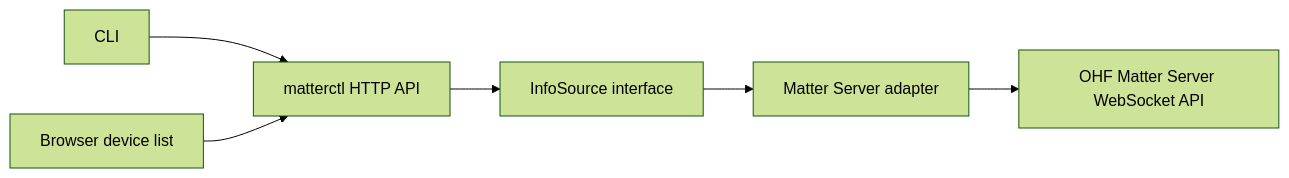
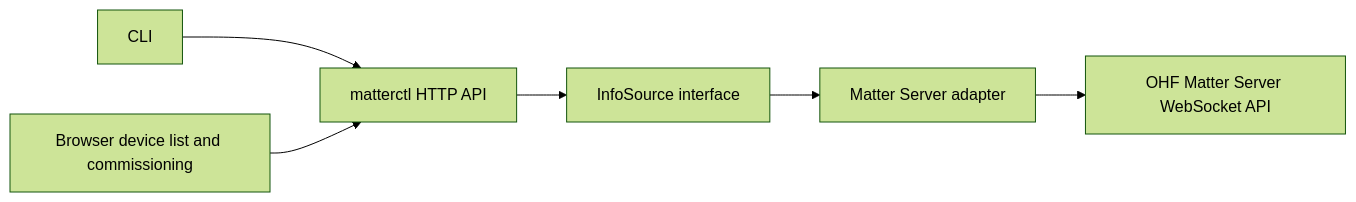
Before and after one commit to andrewhowdencom/matterctl: the diagram in ARCHITECTURE.md, drawn with Mermaid (forest theme). The commit also changed other lines of this file and 10 other files, not shown here.

First line of the commit message:
Add browser commissioning for networked Matter devices

````diff
--- a/ARCHITECTURE.md
+++ b/ARCHITECTURE.md
@@ -7,8 +8,8 @@
 ```mermaid
 flowchart LR
     CLI[CLI] --> HTTP[matterctl HTTP API]
-    Browser[Browser device list] --> HTTP
+    Browser[Browser device list and commissioning] --> HTTP
     HTTP --> Source[InfoSource interface]
     Source --> Matter[Matter Server adapter]
     Matter --> WS[OHF Matter Server WebSocket API]
 ```
````
